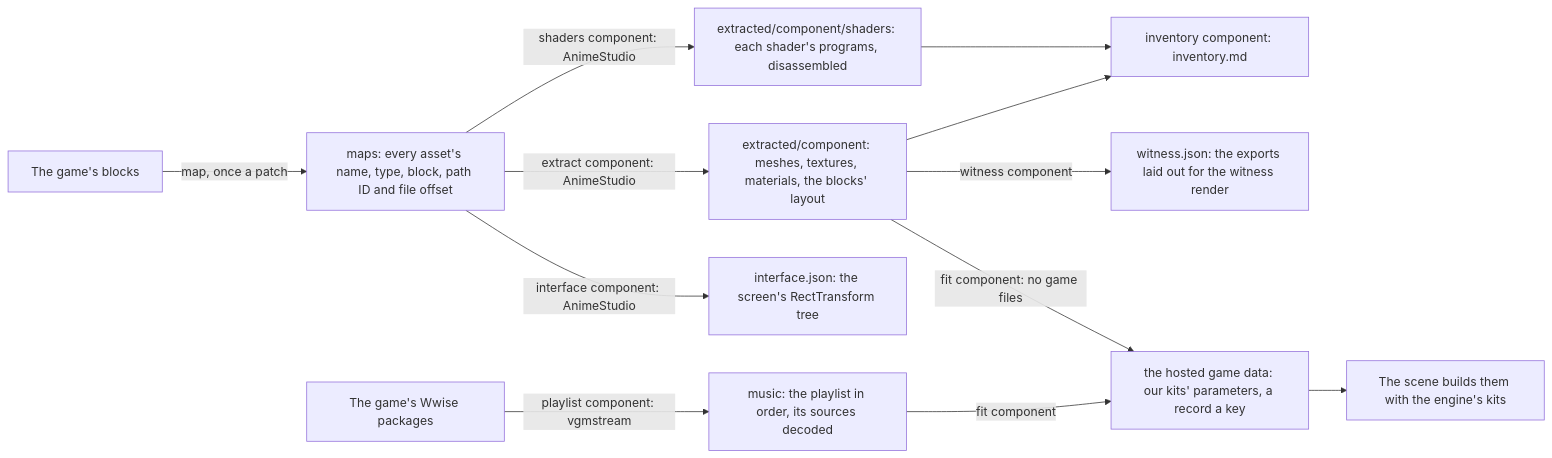
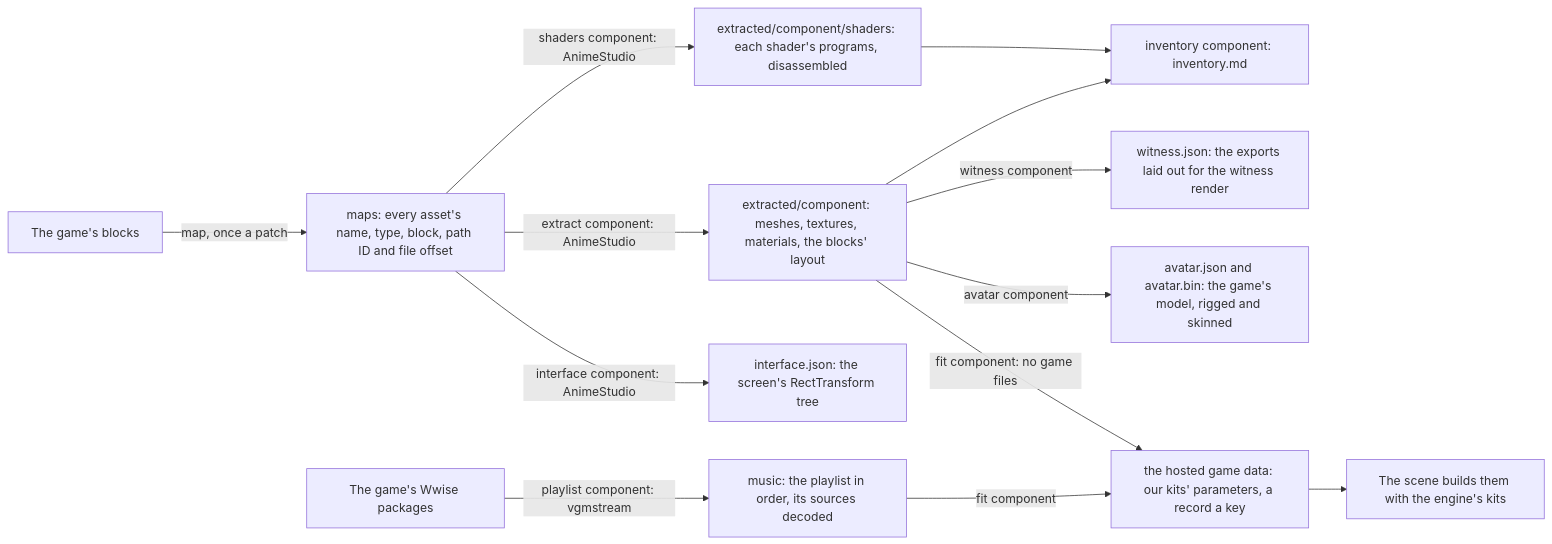
The second of 3 diagrams in apps/web/content/docs/genshin/derived-assets.md (Esposter/Esposter), drawn with Mermaid before and after one commit. The commit also changed other lines of this file and 24 other files, not shown here.

First line of the commit message:
feat(scripts): genshin:assets avatar writes a component's game model beside its exports

````diff
--- a/apps/web/content/docs/genshin/derived-assets.md
+++ b/apps/web/content/docs/genshin/derived-assets.md
@@ -33,14 +33,15 @@
 ```mermaid
 flowchart LR
   B[The game's blocks] -->|"map, once a patch"| M["maps: every asset's name, type, block, path ID and file offset"]
   M -->|"extract component: AnimeStudio"| E["extracted/component: meshes, textures, materials, the blocks' layout"]
   M -->|"shaders component: AnimeStudio"| S["extracted/component/shaders: each shader's programs, disassembled"]
   E --> I["inventory component: inventory.md"]
   S --> I
   E -->|"witness component"| W["witness.json: the exports laid out for the witness render"]
+  E -->|"avatar component"| AV["avatar.json and avatar.bin: the game's model, rigged and skinned"]
   M -->|"interface component: AnimeStudio"| U["interface.json: the screen's RectTransform tree"]
   A[The game's Wwise packages] -->|"playlist component: vgmstream"| P["music: the playlist in order, its sources decoded"]
   P -->|"fit component"| D
   E -->|"fit component: no game files"| D["the hosted game data: our kits' parameters, a record a key"]
   D --> K[The scene builds them with the engine's kits]
 ```
````
